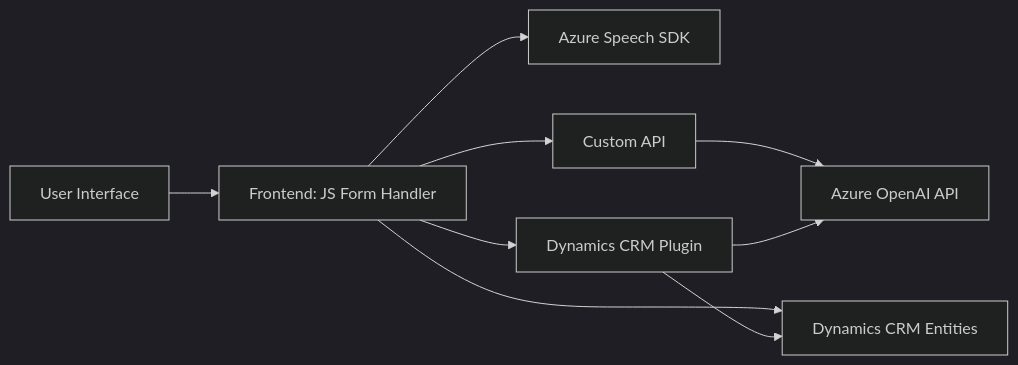
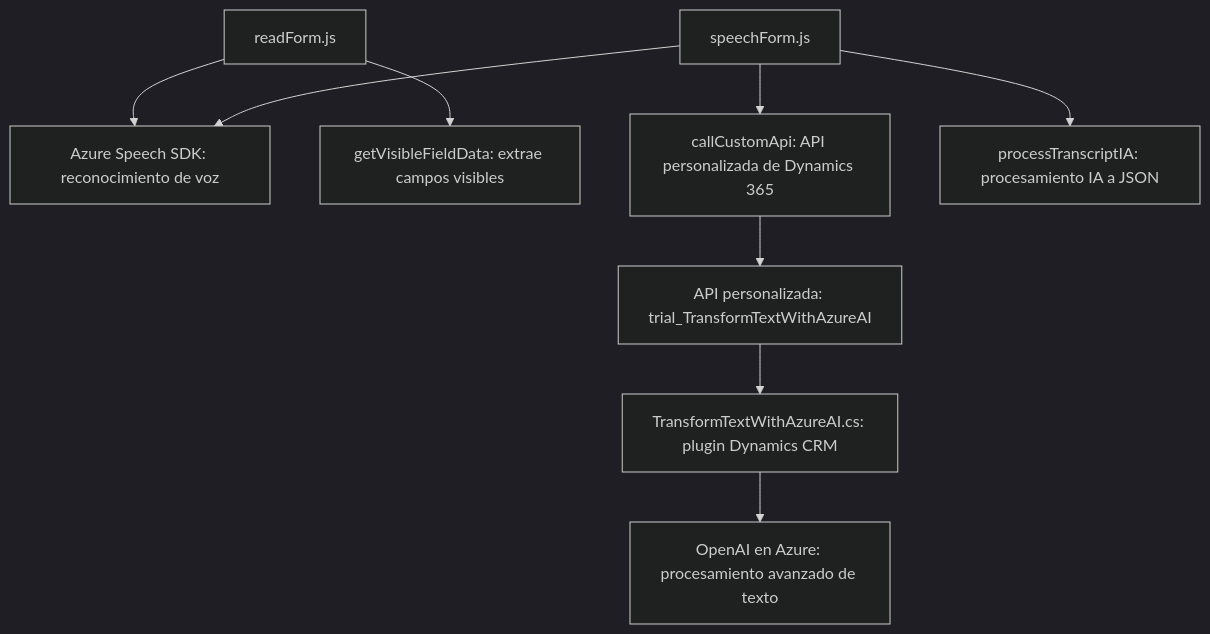
Before and after one commit to blopezdm/NETCORE_BILBAO2025: the diagram in README.md, drawn with Mermaid (dark theme). The commit also changed other lines of this file, not shown here.

````diff
--- a/README.md
+++ b/README.md
@@ -38,19 +49,11 @@
 ```mermaid
-graph LR
-A["Frontend: JS Form Handler"]
-B["Azure Speech SDK"]
-C["Dynamics CRM Plugin"]
-D["Azure OpenAI API"]
-E["Dynamics CRM Entities"]
-F["Custom API"]
-G["User Interface"]
-
-G --> A
-A --> B
-A --> F
-A --> E
-F --> D
-A --> C
-C --> D
-C --> E
+graph TD
+    A["readForm.js"] --> B["Azure Speech SDK: síntesis de voz"]
+    A["readForm.js"] --> C["getVisibleFieldData: extrae campos visibles"]
+    D["speechForm.js"] --> B["Azure Speech SDK: reconocimiento de voz"]
+    D["speechForm.js"] --> E["callCustomApi: API personalizada de Dynamics 365"]
+    D["speechForm.js"] --> F["processTranscriptIA: procesamiento IA a JSON"]
+    E --> G["API personalizada: trial_TransformTextWithAzureAI"]
+    G --> H["TransformTextWithAzureAI.cs: plugin Dynamics CRM"]
+    H --> I["OpenAI en Azure: procesamiento avanzado de texto"]
 ```
````
